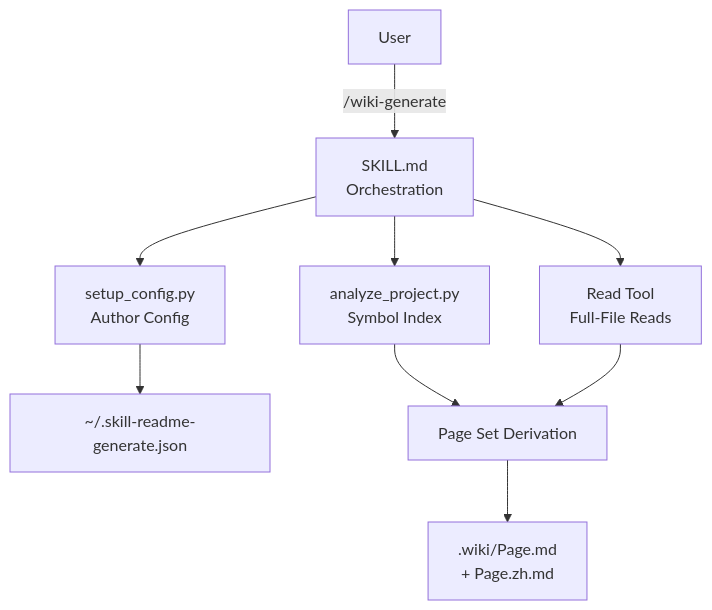
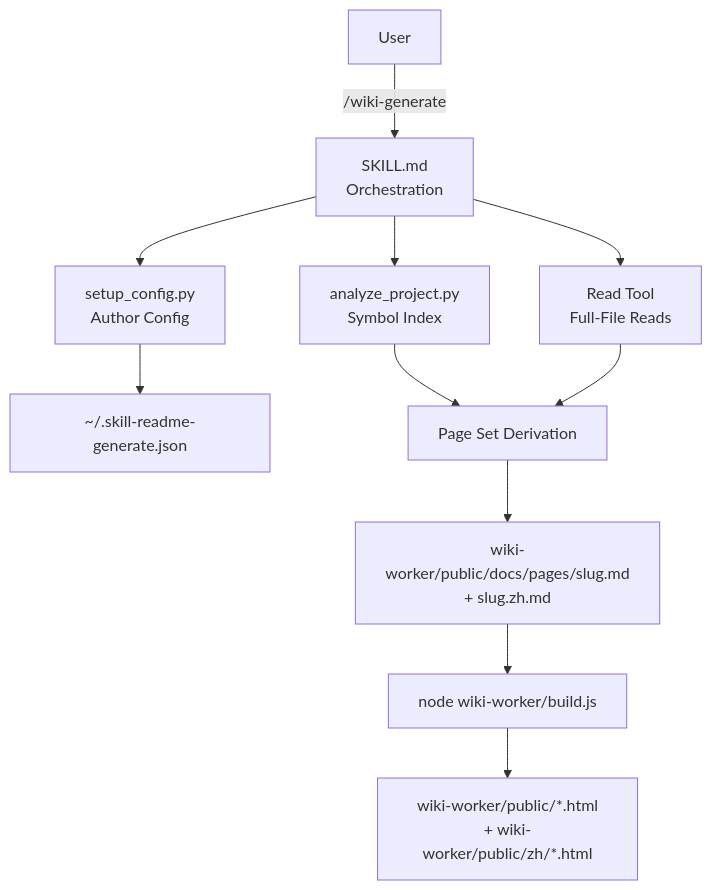
Before and after one commit to agenvoy/skill-wiki-generate: the diagram in README.md, drawn with Mermaid. The commit also changed other lines of this file and 11 other files, not shown here.

````diff
--- a/README.md
+++ b/README.md
@@ -44,11 +47,13 @@
 ```mermaid
 graph TB
     User[User] -->|/wiki-generate| SKILL[SKILL.md<br/>Orchestration]
     SKILL --> Config[setup_config.py<br/>Author Config]
     SKILL --> Analyze[analyze_project.py<br/>Symbol Index]
     SKILL --> ReadSrc[Read Tool<br/>Full-File Reads]
     Config --> JSON[~/.skill-readme-generate.json]
     Analyze --> Derive[Page Set Derivation]
     ReadSrc --> Derive
-    Derive --> Wiki[.wiki/Page.md<br/>+ Page.zh.md]
+    Derive --> MD[wiki-worker/public/docs/pages/slug.md<br/>+ slug.zh.md]
+    MD --> Build[node wiki-worker/build.js]
+    Build --> HTML[wiki-worker/public/*.html<br/>+ wiki-worker/public/zh/*.html]
 ```
````
